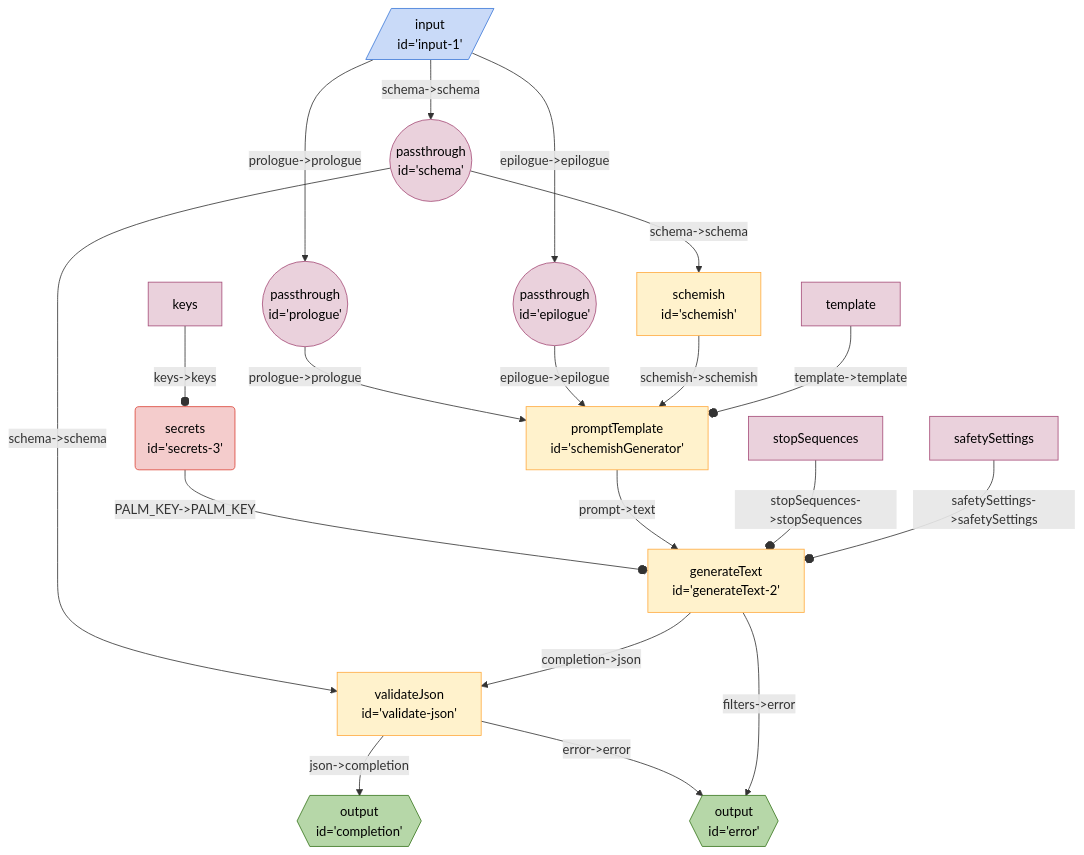
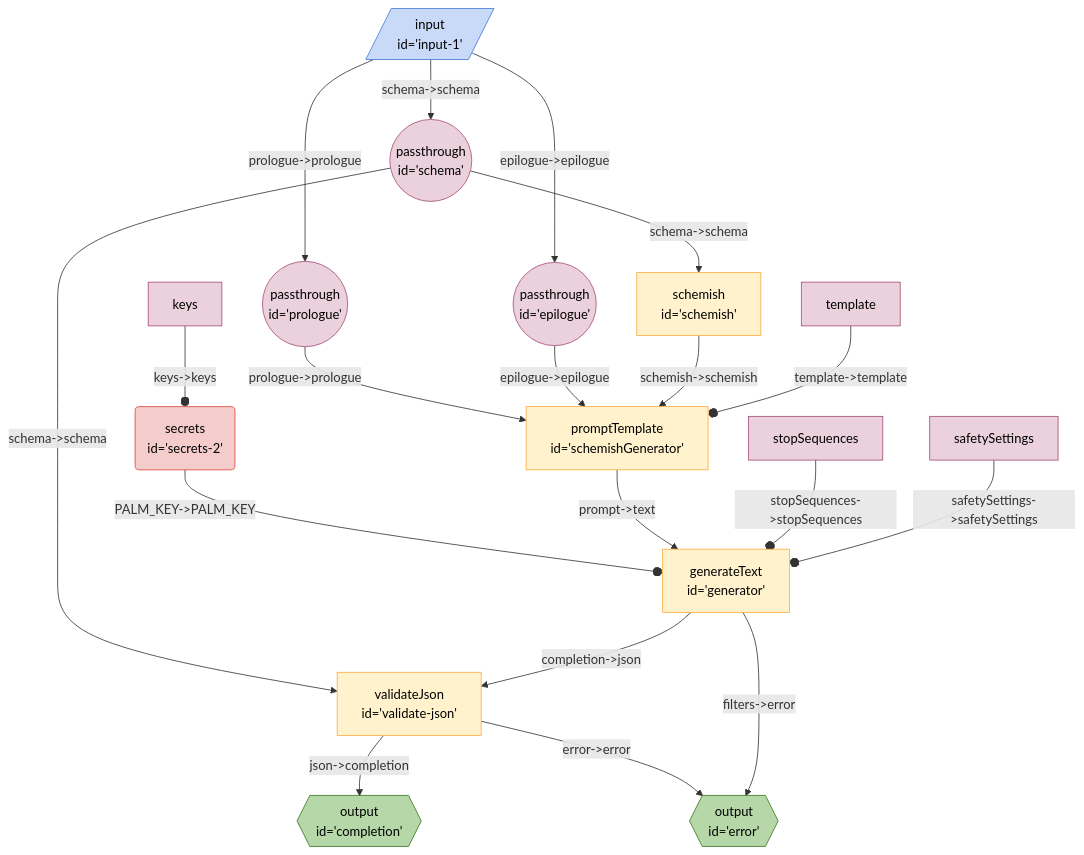
Before and after one commit to breadboard-ai/breadboard: the diagram in seeds/coffee-bot-board/docs/schemish-generator.md, drawn with Mermaid. The commit also changed 5 other files, not shown here.

````diff
--- a/seeds/coffee-bot-board/docs/schemish-generator.md
+++ b/seeds/coffee-bot-board/docs/schemish-generator.md
@@ -3,30 +3,30 @@
 ```mermaid
 %%{init: 'themeVariables': { 'fontFamily': 'Fira Code, monospace' }}%%
 graph TD;
 input1[/"input <br> id='input-1'"/]:::input -- "prologue->prologue" --> prologue(("passthrough <br> id='prologue'")):::passthrough
 input1[/"input <br> id='input-1'"/]:::input -- "epilogue->epilogue" --> epilogue(("passthrough <br> id='epilogue'")):::passthrough
 input1[/"input <br> id='input-1'"/]:::input -- "schema->schema" --> schema(("passthrough <br> id='schema'")):::passthrough
 schema(("passthrough <br> id='schema'")):::passthrough -- "schema->schema" --> schemish["schemish <br> id='schemish'"]
 validatejson["validateJson <br> id='validate-json'"] -- "json->completion" --> completion{{"output <br> id='completion'"}}:::output
 validatejson["validateJson <br> id='validate-json'"] -- "error->error" --> error{{"output <br> id='error'"}}:::output
 schema(("passthrough <br> id='schema'")):::passthrough -- "schema->schema" --> validatejson["validateJson <br> id='validate-json'"]
-secrets3("secrets <br> id='secrets-3'"):::secrets -- "PALM_KEY->PALM_KEY" --o generateText2["generateText <br> id='generateText-2'"]
-generateText2["generateText <br> id='generateText-2'"] -- "completion->json" --> validatejson["validateJson <br> id='validate-json'"]
-generateText2["generateText <br> id='generateText-2'"] -- "filters->error" --> error{{"output <br> id='error'"}}:::output
+secrets2("secrets <br> id='secrets-2'"):::secrets -- "PALM_KEY->PALM_KEY" --o generator["generateText <br> id='generator'"]
+generator["generateText <br> id='generator'"] -- "completion->json" --> validatejson["validateJson <br> id='validate-json'"]
+generator["generateText <br> id='generator'"] -- "filters->error" --> error{{"output <br> id='error'"}}:::output
 prologue(("passthrough <br> id='prologue'")):::passthrough -- "prologue->prologue" --> schemishGenerator["promptTemplate <br> id='schemishGenerator'"]
 epilogue(("passthrough <br> id='epilogue'")):::passthrough -- "epilogue->epilogue" --> schemishGenerator["promptTemplate <br> id='schemishGenerator'"]
 schemish["schemish <br> id='schemish'"] -- "schemish->schemish" --> schemishGenerator["promptTemplate <br> id='schemishGenerator'"]
-schemishGenerator["promptTemplate <br> id='schemishGenerator'"] -- "prompt->text" --> generateText2["generateText <br> id='generateText-2'"]
-stopSequencesgenerateText2[stopSequences]:::config -- "stopSequences->stopSequences" --o generateText2
-safetySettingsgenerateText2[safetySettings]:::config -- "safetySettings->safetySettings" --o generateText2
-keyssecrets3[keys]:::config -- "keys->keys" --o secrets3
+schemishGenerator["promptTemplate <br> id='schemishGenerator'"] -- "prompt->text" --> generator["generateText <br> id='generator'"]
+stopSequencesgenerator[stopSequences]:::config -- "stopSequences->stopSequences" --o generator
+safetySettingsgenerator[safetySettings]:::config -- "safetySettings->safetySettings" --o generator
+keyssecrets2[keys]:::config -- "keys->keys" --o secrets2
 templateschemishGenerator[template]:::config -- "template->template" --o schemishGenerator
 classDef default stroke:#ffab40,fill:#fff2ccff,color:#000
 classDef input stroke:#3c78d8,fill:#c9daf8ff,color:#000
 classDef output stroke:#38761d,fill:#b6d7a8ff,color:#000
 classDef passthrough stroke:#a64d79,fill:#ead1dcff,color:#000
 classDef slot stroke:#a64d79,fill:#ead1dcff,color:#000
 classDef config stroke:#a64d79,fill:#ead1dcff,color:#000
 classDef secrets stroke:#db4437,fill:#f4cccc,color:#000
 classDef slotted stroke:#a64d79
 ```
````
